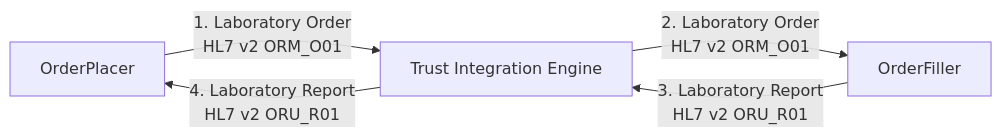
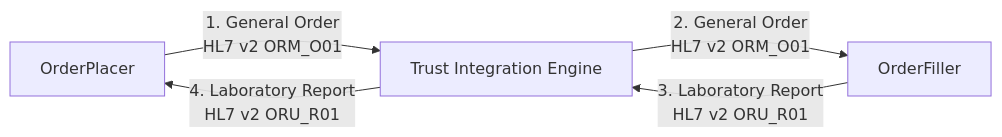
The second of 4 diagrams in input/pagecontent/index.md (uk-gov-mirror/nw-gmsa.nw-gmsa.github.com), drawn with Mermaid before and after one commit. The commit also changed other lines of this file, not shown here.

Commit message:
Changed supporting infor to Order Entry Questions

````diff
--- a/input/pagecontent/index.md
+++ b/input/pagecontent/index.md
@@ -22,8 +22,8 @@
 ```mermaid
 graph LR
 
-    OrderPlacer --> |1. Laboratory Order<br/>HL7 v2 ORM_O01| TIE[Trust Integration Engine]
-    TIE --> |2. Laboratory Order<br/>HL7 v2 ORM_O01| OrderFiller
+    OrderPlacer --> |1. General Order<br/>HL7 v2 ORM_O01| TIE[Trust Integration Engine]
+    TIE --> |2. General Order<br/>HL7 v2 ORM_O01| OrderFiller
     OrderFiller --> |3. Laboratory Report<br/>HL7 v2 ORU_R01| TIE
     TIE --> |4. Laboratory Report<br/>HL7 v2 ORU_R01| OrderPlacer  
 ```
````
